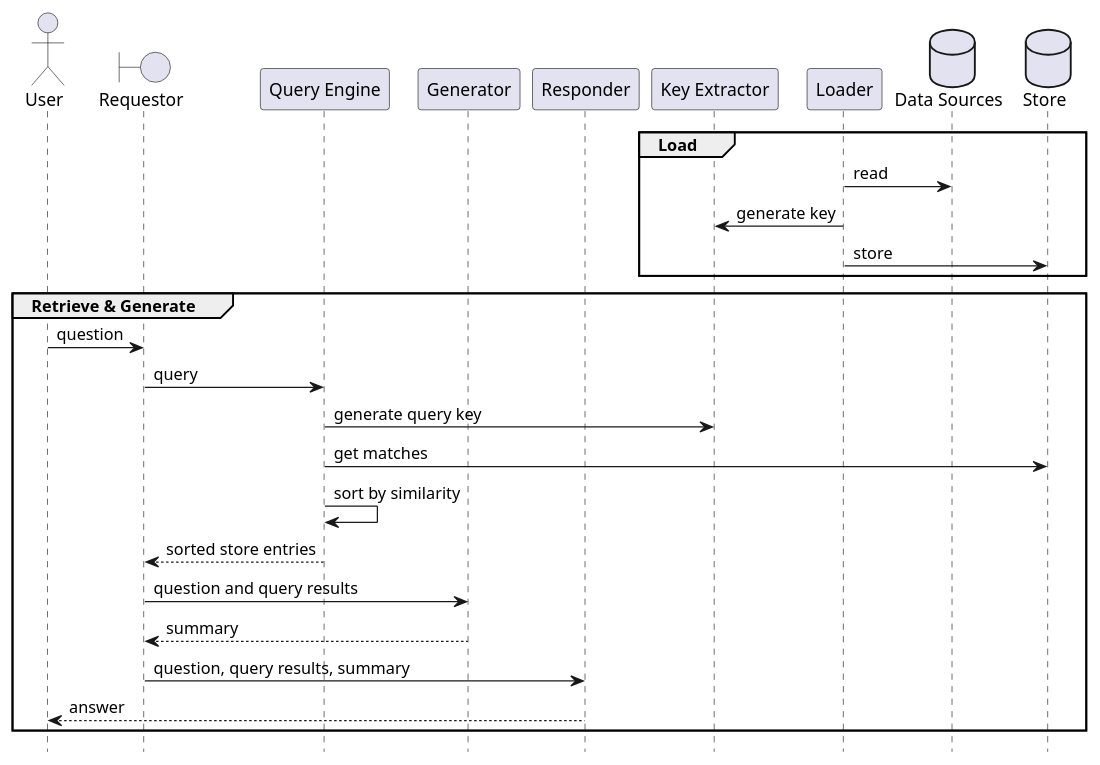
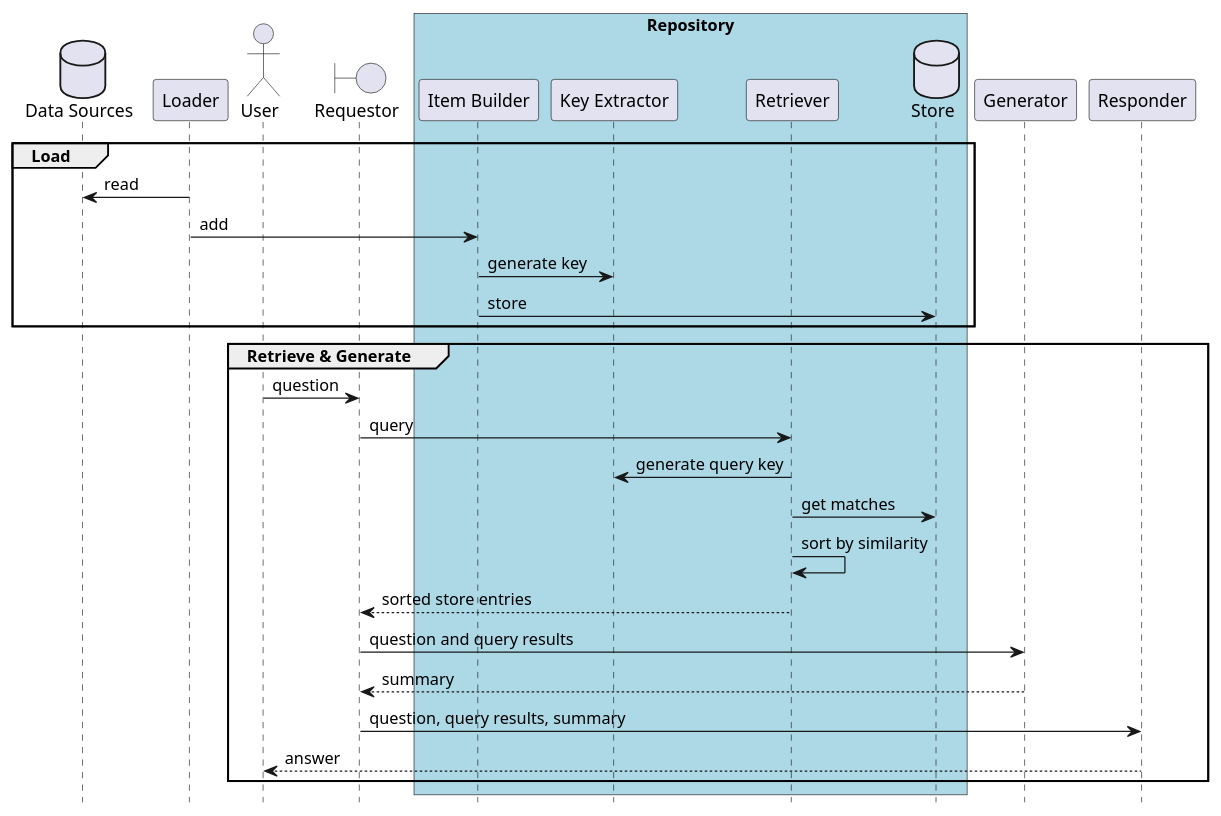
The diagram in architecture/architecture.md (Nasdanika/retrieval-augmented-generation), drawn with PlantUML before and after one commit. The commit also changed other lines of this file and 69 other files, not shown here.

Commit message:
Repository, retriever

````diff
--- a/architecture/architecture.md
+++ b/architecture/architecture.md
@@ -17,33 +17,36 @@
 ```uml
-
 hide footbox
 
+database dataSources as "Data Sources" [[r0/data-sources/index.html]]
+participant Loader [[r0/loader/index.html]]
 actor User [[r0/user/index.html]]
 boundary Requestor [[r0/requestor/index.html]]
-participant queryEngine as "Query Engine" [[r0/query-engine/index.html]]
+box "Repository" #LightBlue 
+participant itemBuilder as "Item Builder" [[r0/repository/rh/item-builder/index.html]]
+participant keyExtractor as "Key Extractor" [[r0/repository/rh/key-extractor/index.html]]
+participant Retriever [[r0/repository/rh/retriever/index.html]]
+database Store [[r0/repository/rh/store/index.html]]
+end box
 participant Generator [[r0/generator/index.html]]
 participant Responder [[r0/responder/index.html]]
-participant keyExtractor as "Key Extractor" [[r0/key-extractor/index.html]]
-participant Loader [[r0/loader/index.html]]
-database dataSources as "Data Sources" [[r0/data-sources/index.html]]
-database Store [[r0/store/index.html]]
 
 group Load
   Loader -> dataSources : read
-  Loader -> keyExtractor : generate key
-  Loader -> Store : store
+  Loader -> itemBuilder : add
+  itemBuilder -> keyExtractor : generate key
+  itemBuilder -> Store : store
 end
 
 group Retrieve & Generate
   User -> Requestor : question
-  Requestor -> queryEngine : query
-  queryEngine -> keyExtractor : generate query key
-  queryEngine -> Store : get matches
-  queryEngine -> queryEngine : sort by similarity
-  queryEngine --> Requestor : sorted store entries
+  Requestor -> Retriever : query
+  Retriever -> keyExtractor : generate query key
+  Retriever -> Store : get matches
+  Retriever -> Retriever : sort by similarity 
+  Retriever --> Requestor : sorted store entries
   Requestor -> Generator : question and query results
   Generator --> Requestor : summary
   Requestor -> Responder : question, query results, summary
   Responder --> User : answer
 end
 ```
````
